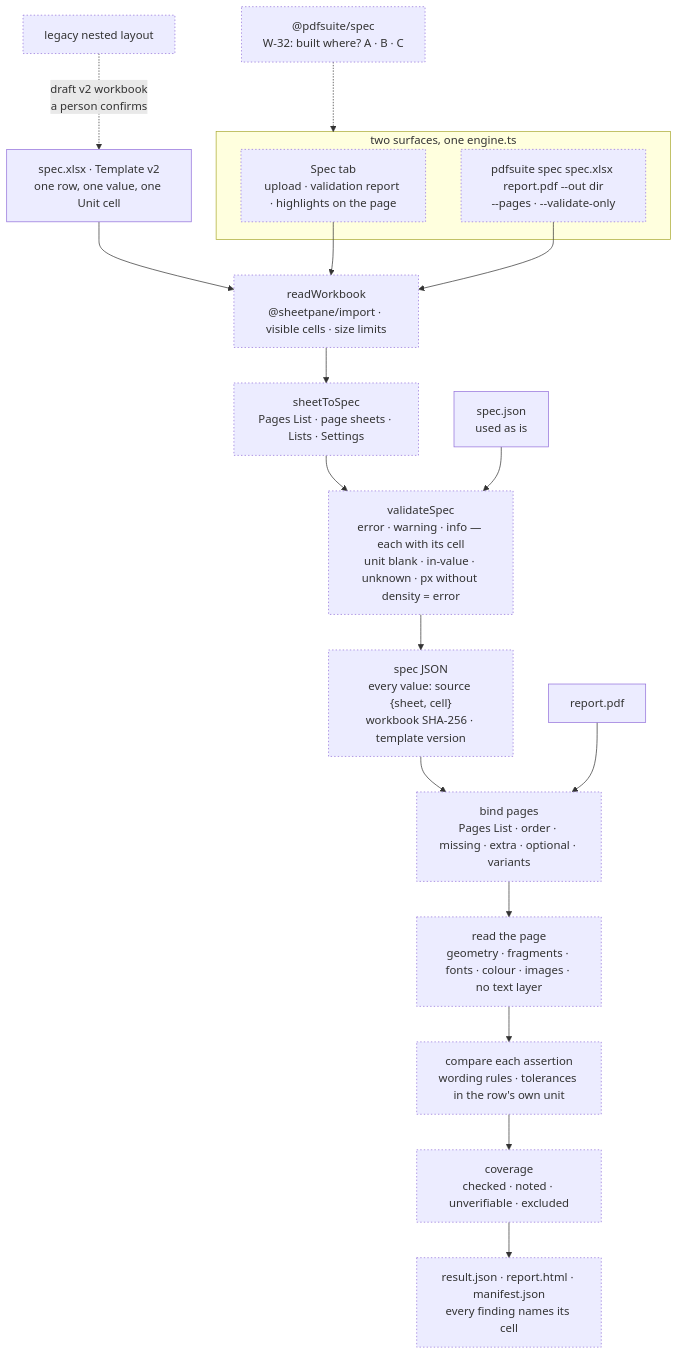
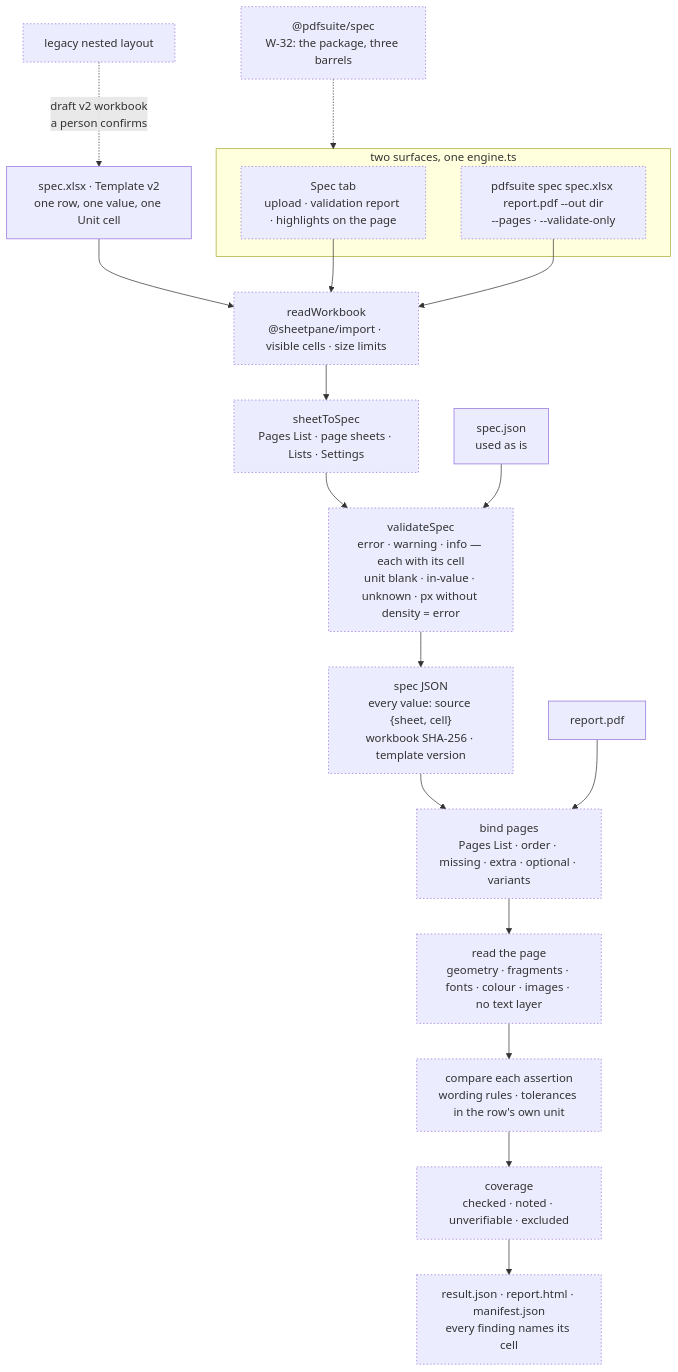
Before and after one commit to sid4861/pdf-testing-suite: diagram 24 of 26 in docs/ARCHITECTURE.md, drawn with Mermaid. The commit also changed other lines of this file and 345 other files, not shown here.

````diff
--- a/docs/ARCHITECTURE.md
+++ b/docs/ARCHITECTURE.md
@@ -886,22 +978,22 @@
 ```mermaid
 flowchart TB
   classDef plan stroke-dasharray: 2 3
   XL["spec.xlsx · Template v2<br/>one row, one value, one Unit cell"] --> RD["readWorkbook<br/>@sheetpane/import · visible cells · size limits"]
   LEG["legacy nested layout"] -.->|"draft v2 workbook<br/>a person confirms"| XL
   RD --> PARSE["sheetToSpec<br/>Pages List · page sheets · Lists · Settings"]
   PARSE --> VAL["validateSpec<br/>error · warning · info — each with its cell<br/>unit blank · in-value · unknown · px without density = error"]
   JS["spec.json<br/>used as is"] --> VAL
   VAL --> SJ["spec JSON<br/>every value: source {sheet, cell}<br/>workbook SHA-256 · template version"]
   SJ & PDF["report.pdf"] --> BIND["bind pages<br/>Pages List · order · missing · extra · optional · variants"]
   BIND --> READ["read the page<br/>geometry · fragments · fonts · colour · images · no text layer"]
   READ --> CMPX["compare each assertion<br/>wording rules · tolerances in the row's own unit"]
   CMPX --> COV["coverage<br/>checked · noted · unverifiable · excluded"]
   COV --> OUT["result.json · report.html · manifest.json<br/>every finding names its cell"]
   subgraph SURF["two surfaces, one engine.ts"]
     TAB["Spec tab<br/>upload · validation report · highlights on the page"]
     CLI["pdfsuite spec spec.xlsx report.pdf --out dir<br/>--pages · --validate-only"]
   end
   TAB & CLI --> RD
-  PKG["@pdfsuite/spec<br/>W-32: built where? A · B · C"] -.-> SURF
+  PKG["@pdfsuite/spec<br/>W-32: the package, three barrels"] -.-> SURF
   class RD,PARSE,VAL,SJ,BIND,READ,CMPX,COV,OUT,TAB,CLI,PKG,LEG plan
 ```
````
